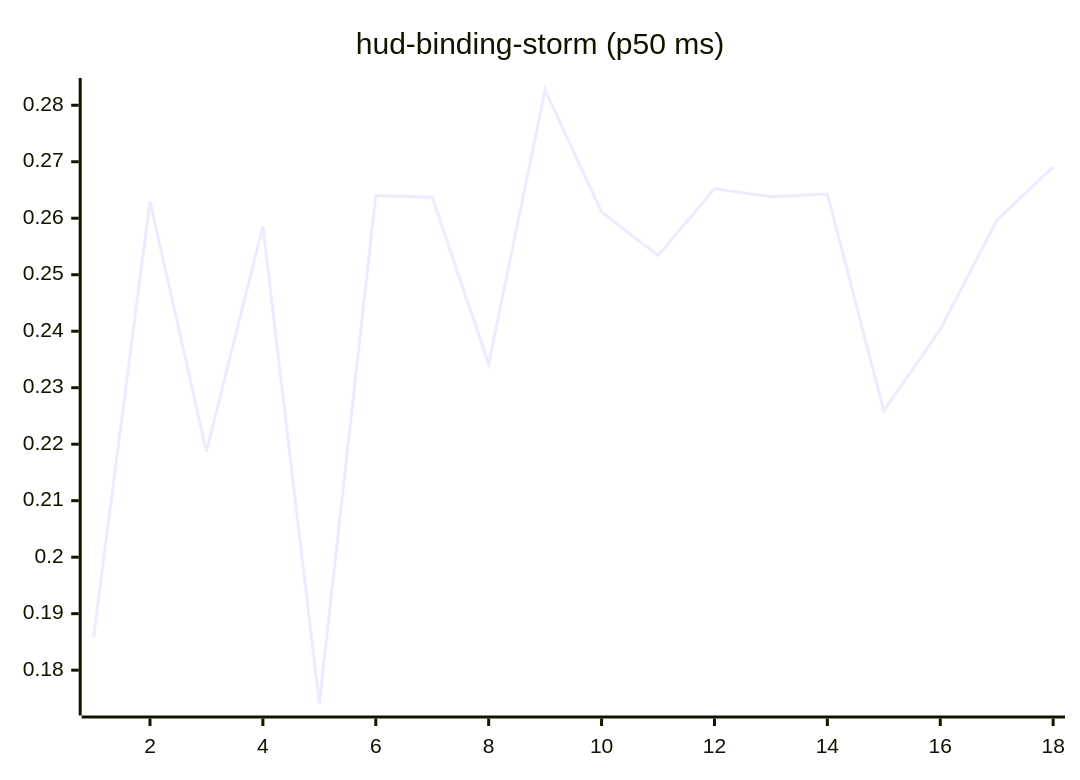
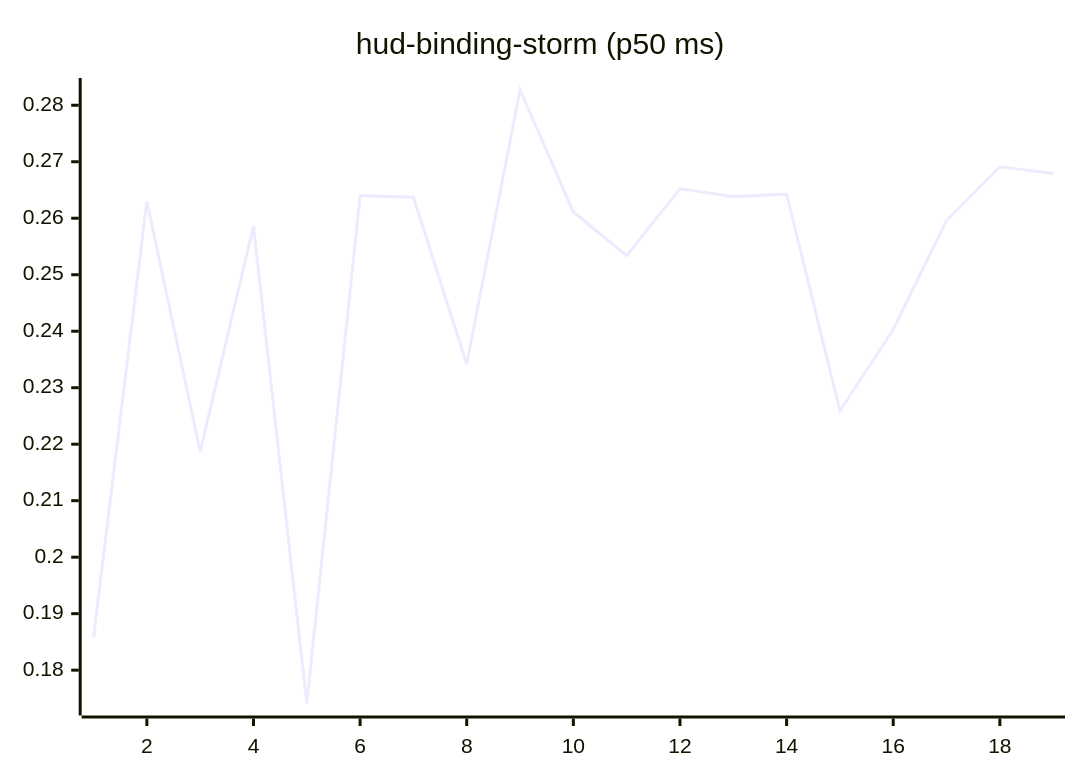
Before and after one commit to josha/Facet: the tenth of 27 diagrams in README.md, drawn with Mermaid. The commit also changed other lines of this file and 2 other files, not shown here.

````diff
--- a/README.md
+++ b/README.md
@@ -126,6 +126,6 @@
 ```mermaid
 xychart-beta
     title "hud-binding-storm (p50 ms)"
-    x-axis 1 --> 18
-    line [0.1858, 0.2630, 0.2187, 0.2586, 0.1741, 0.2640, 0.2637, 0.2342, 0.2827, 0.2611, 0.2534, 0.2652, 0.2638, 0.2643, 0.2259, 0.2403, 0.2596, 0.2691]
+    x-axis 1 --> 19
+    line [0.1858, 0.2630, 0.2187, 0.2586, 0.1741, 0.2640, 0.2637, 0.2342, 0.2827, 0.2611, 0.2534, 0.2652, 0.2638, 0.2643, 0.2259, 0.2403, 0.2596, 0.2691, 0.2679]
 ```
````
